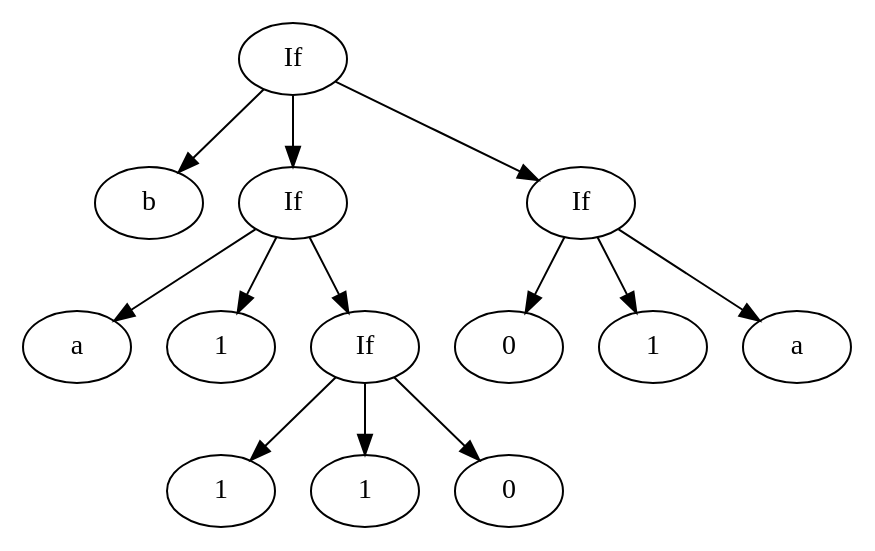
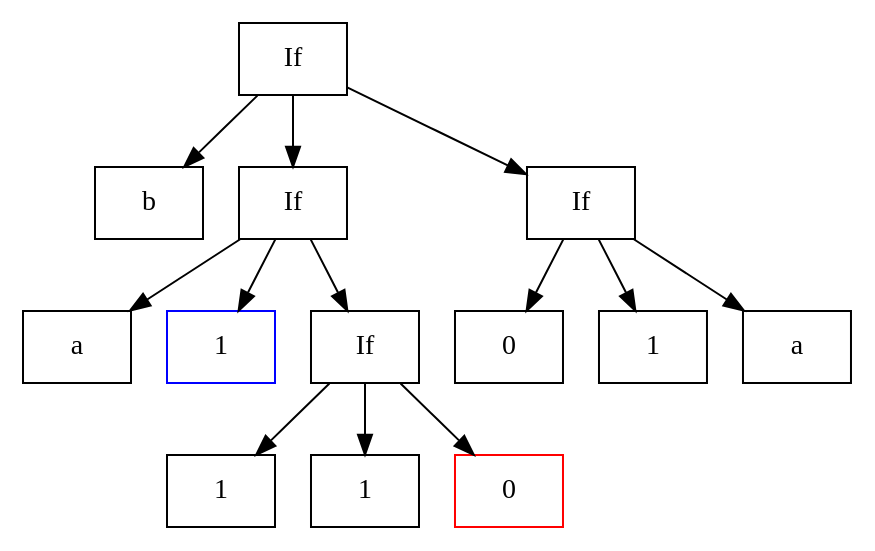
The diagram in boolreduce/graphs/eval3.gv (chathamabate/youtube-misc), drawn with Graphviz before and after one commit. The commit also changed 17 other files, not shown here.

```diff
--- a/boolreduce/graphs/eval3.gv
+++ b/boolreduce/graphs/eval3.gv
@@ -1,29 +1,31 @@
 
 // Eval 3
 digraph G {
+    node [shape = "box"]
+
     n0 [label="If"];
     n0 -> n1;
     n1 [label="b"];
     n0 -> n2;
     n2 [label="If"];
     n2 -> n3;
     n3 [label="a"];
     n2 -> n4;
-    n4 [label="1"];
+    n4 [label="1" color="blue"];
     n2 -> n5;
     n5 [label="If"];
     n5 -> n6;
     n6 [label="1"];
     n5 -> n7;
     n7 [label="1"];
     n5 -> n8;
-    n8 [label="0"];
+    n8 [label="0" color="red"];
     n0 -> n9;
     n9 [label="If"];
     n9 -> n10;
     n10 [label="0"];
     n9 -> n11;
     n11 [label="1"];
     n9 -> n12;
     n12 [label="a"];
 }
```
